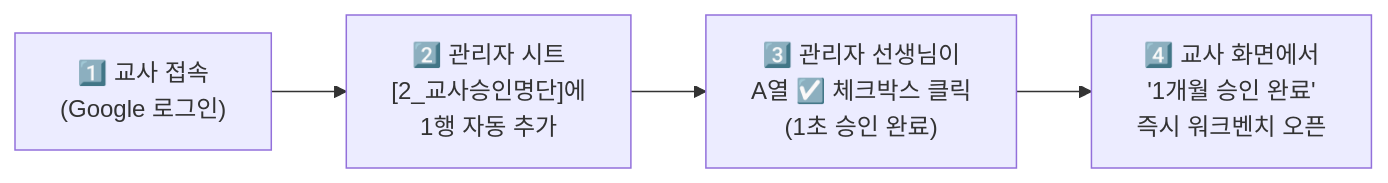
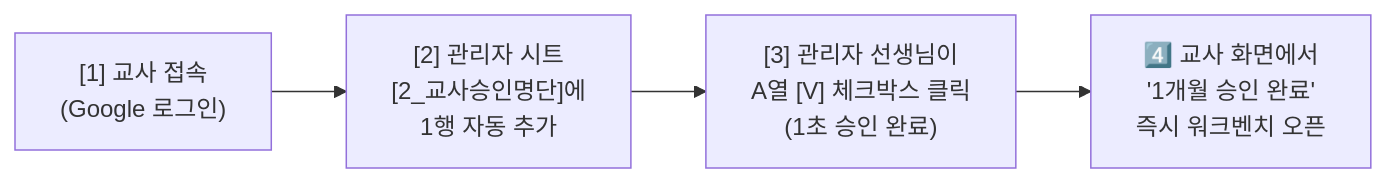
The diagram in ADMIN_APPROVAL_GUIDE.md (t98advisor1/neis-help), drawn with Mermaid before and after one commit. The commit also changed other lines of this file and 7 other files, not shown here.

````diff
--- a/ADMIN_APPROVAL_GUIDE.md
+++ b/ADMIN_APPROVAL_GUIDE.md
@@ -65,6 +65,6 @@
 ```mermaid
 flowchart LR
-    A["1️⃣ 교사 접속\n(Google 로그인)"] --> B["2️⃣ 관리자 시트\n[2_교사승인명단]에\n1행 자동 추가"]
-    B --> C["3️⃣ 관리자 선생님이\nA열 ☑️ 체크박스 클릭\n(1초 승인 완료)"]
+    A["[1] 교사 접속\n(Google 로그인)"] --> B["[2] 관리자 시트\n[2_교사승인명단]에\n1행 자동 추가"]
+    B --> C["[3] 관리자 선생님이\nA열 [V] 체크박스 클릭\n(1초 승인 완료)"]
     C --> D["4️⃣ 교사 화면에서\n'1개월 승인 완료'\n즉시 워크벤치 오픈"]
 ```
````
